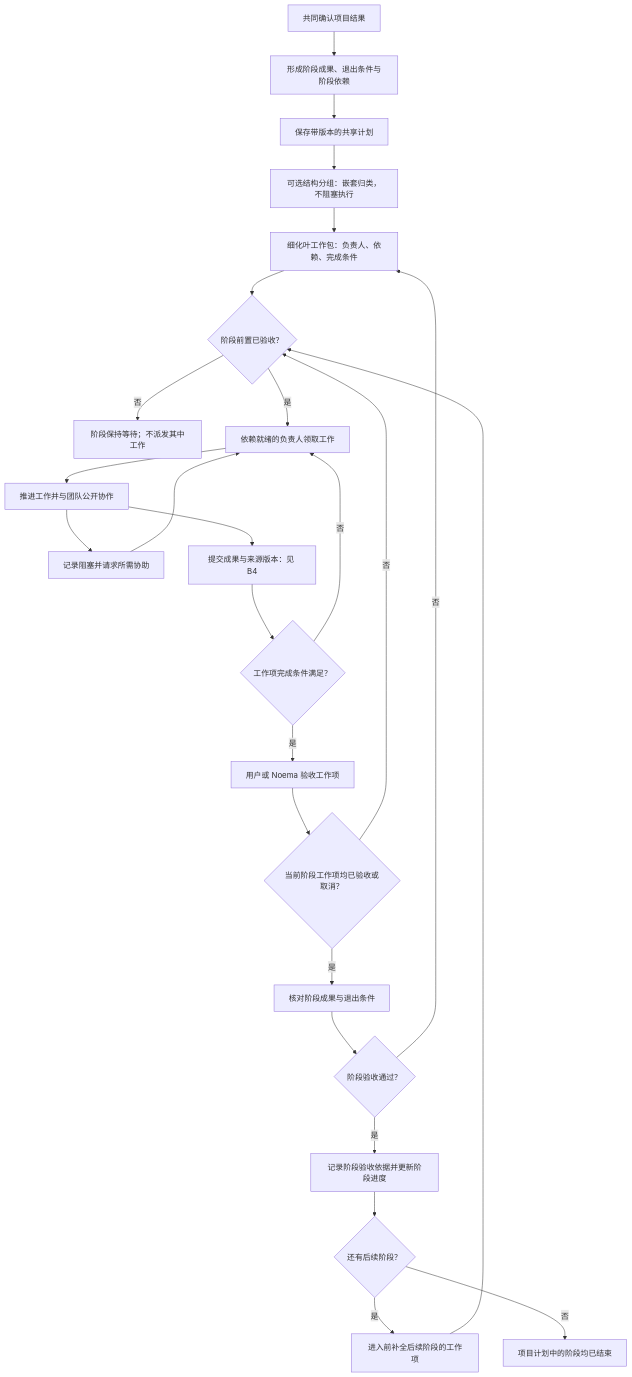
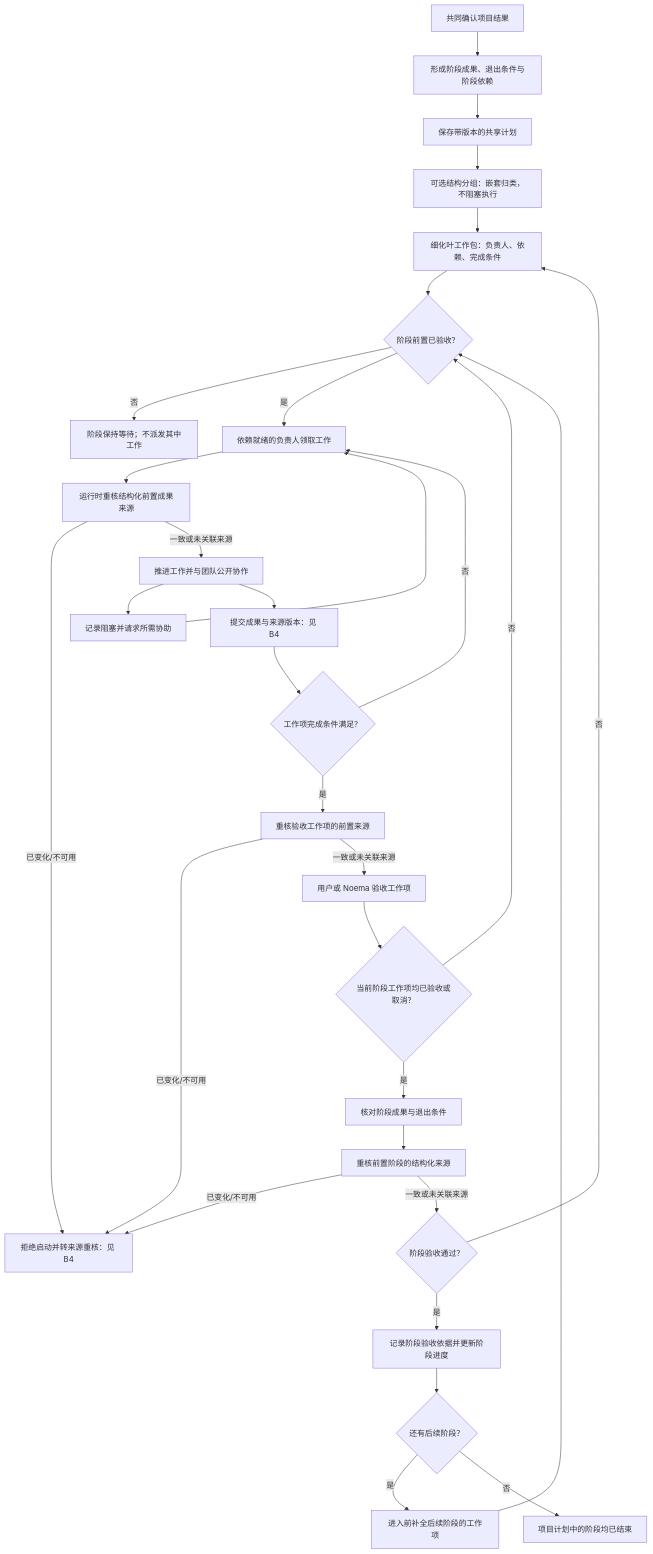
The eighth of 14 diagrams in docs/design/noema-core-flows.md (Noema-Harness/noema-agent), drawn with Mermaid before and after one commit. The commit also changed other lines of this file and 1 other file, not shown here.

Commit message:
docs(plan): record prerequisite evidence gates

````diff
--- a/docs/design/noema-core-flows.md
+++ b/docs/design/noema-core-flows.md
@@ -225,27 +225,33 @@
 ```mermaid
 flowchart TD
     RESULT[共同确认项目结果] --> BREAK[形成阶段成果、退出条件与阶段依赖]
     BREAK --> SAVE[保存带版本的共享计划]
     SAVE --> GROUP[可选结构分组：嵌套归类，不阻塞执行]
     GROUP --> CURRENT[细化叶工作包：负责人、依赖、完成条件]
     CURRENT --> READY{阶段前置已验收？}
     READY -- 否 --> WAIT[阶段保持等待；不派发其中工作]
     READY -- 是 --> PULL[依赖就绪的负责人领取工作]
-    PULL --> WORK[推进工作并与团队公开协作]
+    PULL --> PRIOR_EVIDENCE[运行时重核结构化前置成果来源]
+    PRIOR_EVIDENCE -- 已变化/不可用 --> STALE[拒绝启动并转来源重核：见 B4]
+    PRIOR_EVIDENCE -- 一致或未关联来源 --> WORK[推进工作并与团队公开协作]
     WORK --> BLOCK[记录阻塞并请求所需协助]
     BLOCK --> PULL
     WORK --> SUBMIT[提交成果与来源版本：见 B4]
     SUBMIT --> ITEM{工作项完成条件满足？}
     ITEM -- 否 --> PULL
-    ITEM -- 是 --> ITEM_DONE[用户或 Noema 验收工作项]
+    ITEM -- 是 --> ITEM_EVIDENCE[重核验收工作项的前置来源]
+    ITEM_EVIDENCE -- 已变化/不可用 --> STALE
+    ITEM_EVIDENCE -- 一致或未关联来源 --> ITEM_DONE[用户或 Noema 验收工作项]
     ITEM_DONE --> ALL{当前阶段工作项均已验收或取消？}
     ALL -- 否 --> READY
     ALL -- 是 --> GATE[核对阶段成果与退出条件]
-    GATE --> PHASE{阶段验收通过？}
+    GATE --> PHASE_EVIDENCE[重核前置阶段的结构化来源]
+    PHASE_EVIDENCE -- 已变化/不可用 --> STALE
+    PHASE_EVIDENCE -- 一致或未关联来源 --> PHASE{阶段验收通过？}
     PHASE -- 否 --> CURRENT
     PHASE -- 是 --> PHASE_DONE[记录阶段验收依据并更新阶段进度]
     PHASE_DONE --> NEXT{还有后续阶段？}
     NEXT -- 是 --> DETAIL[进入前补全后续阶段的工作项]
     DETAIL --> READY
     NEXT -- 否 --> COMPLETE[项目计划中的阶段均已结束]
 ```
````
